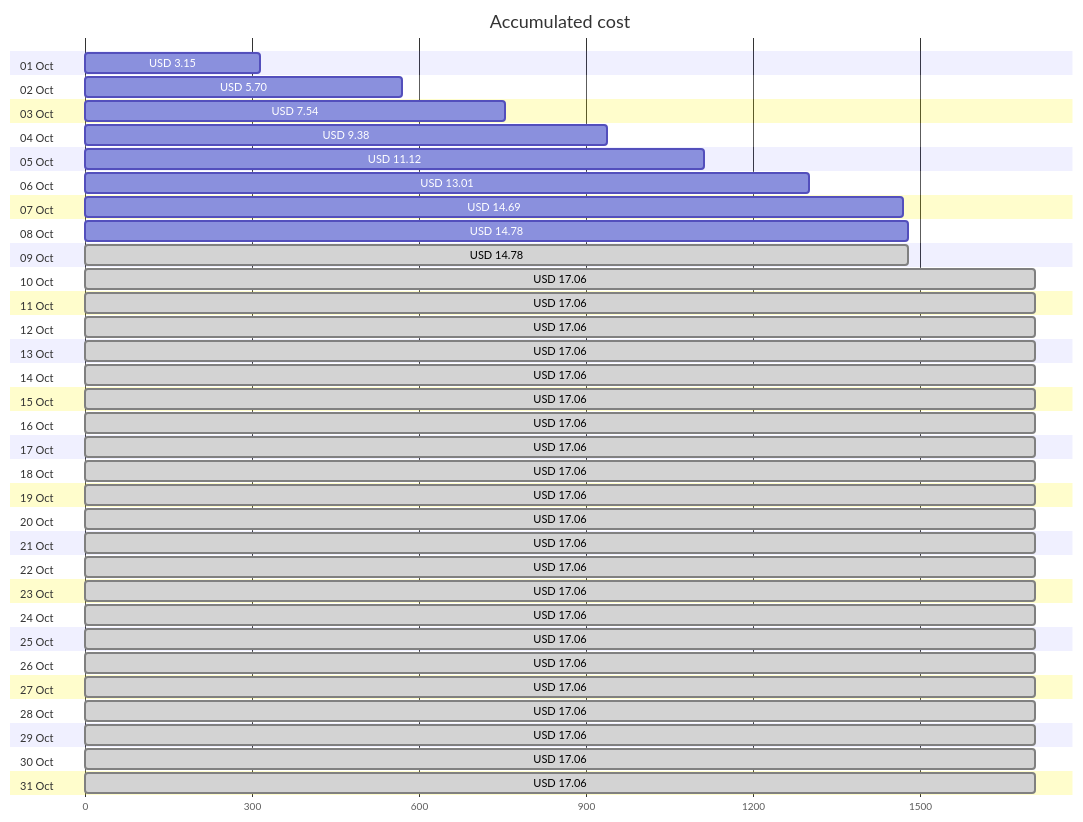
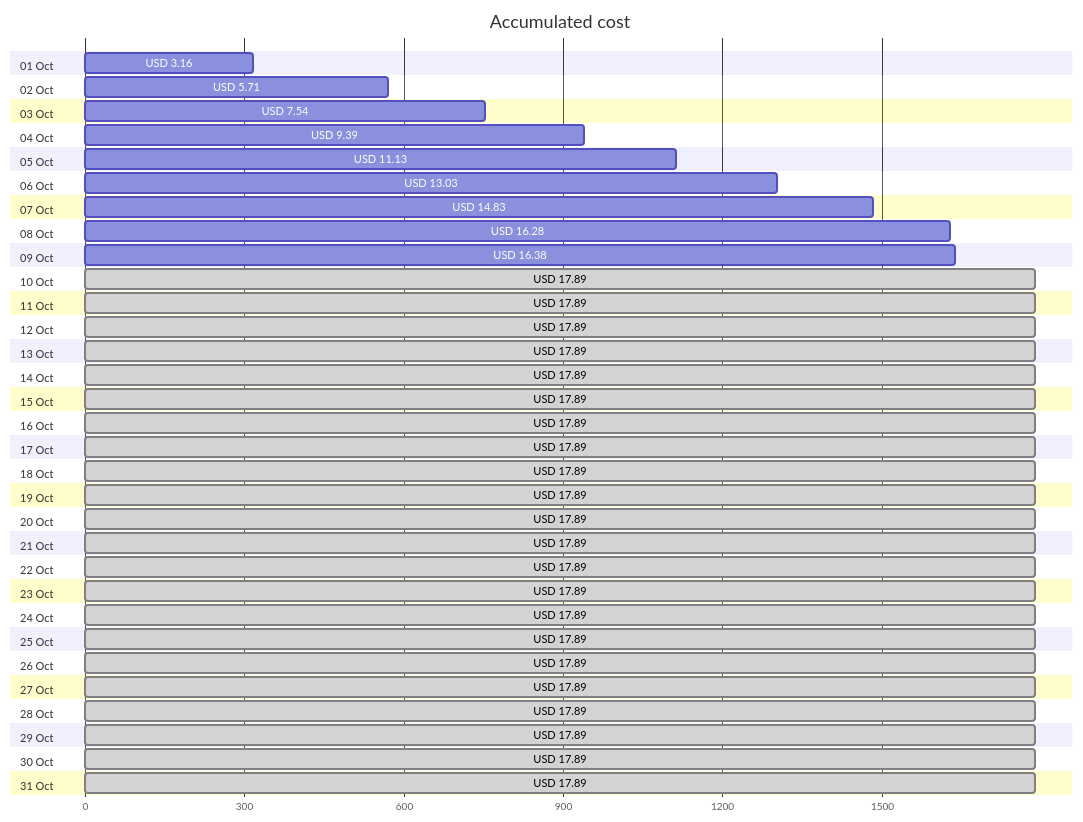
The first of 4 diagrams in cost-reports/personal-network/README.md (jpfulton/azure-personal-reports), drawn with Mermaid before and after one commit. The commit also changed other lines of this file and 8 other files, not shown here.

````diff
--- a/cost-reports/personal-network/README.md
+++ b/cost-reports/personal-network/README.md
@@ -20,68 +20,68 @@
 ```mermaid
 gantt
    title Accumulated cost
    dateFormat  X
    axisFormat %s
    section 01 Oct
-   USD 3.15 :0, 315
+   USD 3.16 :0, 316
    section 02 Oct
-   USD 5.70 :0, 570
+   USD 5.71 :0, 571
    section 03 Oct
    USD 7.54 :0, 754
    section 04 Oct
-   USD 9.38 :0, 938
+   USD 9.39 :0, 939
    section 05 Oct
-   USD 11.12 :0, 1112
+   USD 11.13 :0, 1113
    section 06 Oct
-   USD 13.01 :0, 1301
+   USD 13.03 :0, 1303
    section 07 Oct
-   USD 14.69 :0, 1469
+   USD 14.83 :0, 1483
    section 08 Oct
-   USD 14.78 :0, 1478
+   USD 16.28 :0, 1628
    section 09 Oct
-   USD 14.78 : done, 0, 1478
+   USD 16.38 :0, 1638
    section 10 Oct
-   USD 17.06 : done, 0, 1706
+   USD 17.89 : done, 0, 1789
    section 11 Oct
-   USD 17.06 : done, 0, 1706
+   USD 17.89 : done, 0, 1789
    section 12 Oct
-   USD 17.06 : done, 0, 1706
+   USD 17.89 : done, 0, 1789
    section 13 Oct
-   USD 17.06 : done, 0, 1706
+   USD 17.89 : done, 0, 1789
    section 14 Oct
-   USD 17.06 : done, 0, 1706
+   USD 17.89 : done, 0, 1789
    section 15 Oct
-   USD 17.06 : done, 0, 1706
+   USD 17.89 : done, 0, 1789
    section 16 Oct
-   USD 17.06 : done, 0, 1706
+   USD 17.89 : done, 0, 1789
    section 17 Oct
-   USD 17.06 : done, 0, 1706
+   USD 17.89 : done, 0, 1789
    section 18 Oct
-   USD 17.06 : done, 0, 1706
+   USD 17.89 : done, 0, 1789
    section 19 Oct
-   USD 17.06 : done, 0, 1706
+   USD 17.89 : done, 0, 1789
    section 20 Oct
-   USD 17.06 : done, 0, 1706
+   USD 17.89 : done, 0, 1789
    section 21 Oct
-   USD 17.06 : done, 0, 1706
+   USD 17.89 : done, 0, 1789
    section 22 Oct
-   USD 17.06 : done, 0, 1706
+   USD 17.89 : done, 0, 1789
    section 23 Oct
-   USD 17.06 : done, 0, 1706
+   USD 17.89 : done, 0, 1789
    section 24 Oct
-   USD 17.06 : done, 0, 1706
+   USD 17.89 : done, 0, 1789
    section 25 Oct
-   USD 17.06 : done, 0, 1706
+   USD 17.89 : done, 0, 1789
    section 26 Oct
-   USD 17.06 : done, 0, 1706
+   USD 17.89 : done, 0, 1789
    section 27 Oct
-   USD 17.06 : done, 0, 1706
+   USD 17.89 : done, 0, 1789
    section 28 Oct
-   USD 17.06 : done, 0, 1706
+   USD 17.89 : done, 0, 1789
    section 29 Oct
-   USD 17.06 : done, 0, 1706
+   USD 17.89 : done, 0, 1789
    section 30 Oct
-   USD 17.06 : done, 0, 1706
+   USD 17.89 : done, 0, 1789
    section 31 Oct
-   USD 17.06 : done, 0, 1706
+   USD 17.89 : done, 0, 1789
 ```
````
